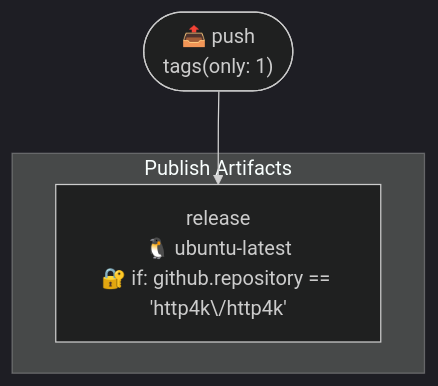
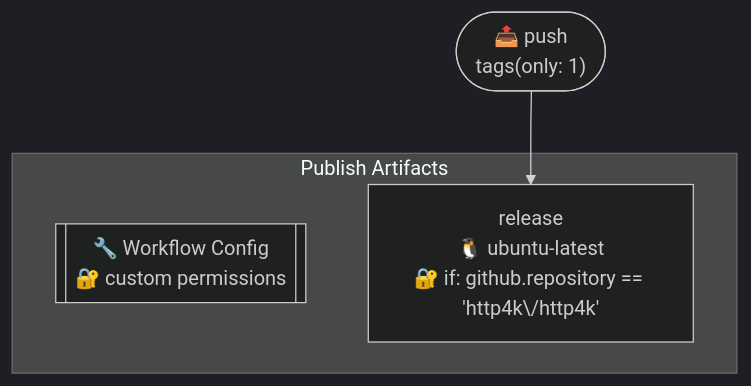
One commit to http4k/http4k changed the first of 2 diagrams in .github/typeflows/publish-artifacts/README.md. Above: the diagram before and after it, drawn with Mermaid (dark theme). The commit also changed 35 other files, not shown here.

````diff
--- a/.github/typeflows/publish-artifacts/README.md
+++ b/.github/typeflows/publish-artifacts/README.md
@@ -3,9 +3,10 @@
 ```mermaid
 %%{init: {"flowchart": {"curve": "basis"}}}%%
 flowchart TD
     push(["📤 push<br/>tags(only: 1)"])
     subgraph publishartifactsyml["Publish Artifacts"]
+        publishartifactsyml_metadata[["🔧 Workflow Config<br/>🔐 custom permissions"]]
         publishartifactsyml_release["release<br/>🐧 ubuntu-latest<br/>🔐 if: github.repository == 'http4k\/http4k'"]
     end
     push --> publishartifactsyml_release
 ```
````
